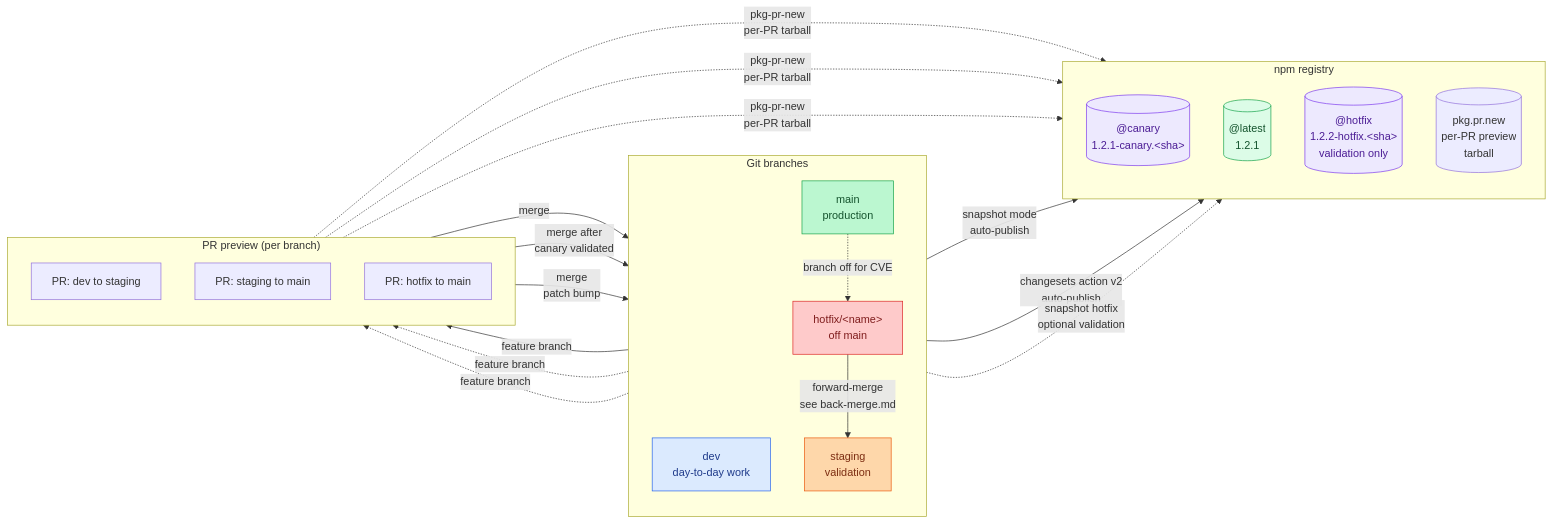
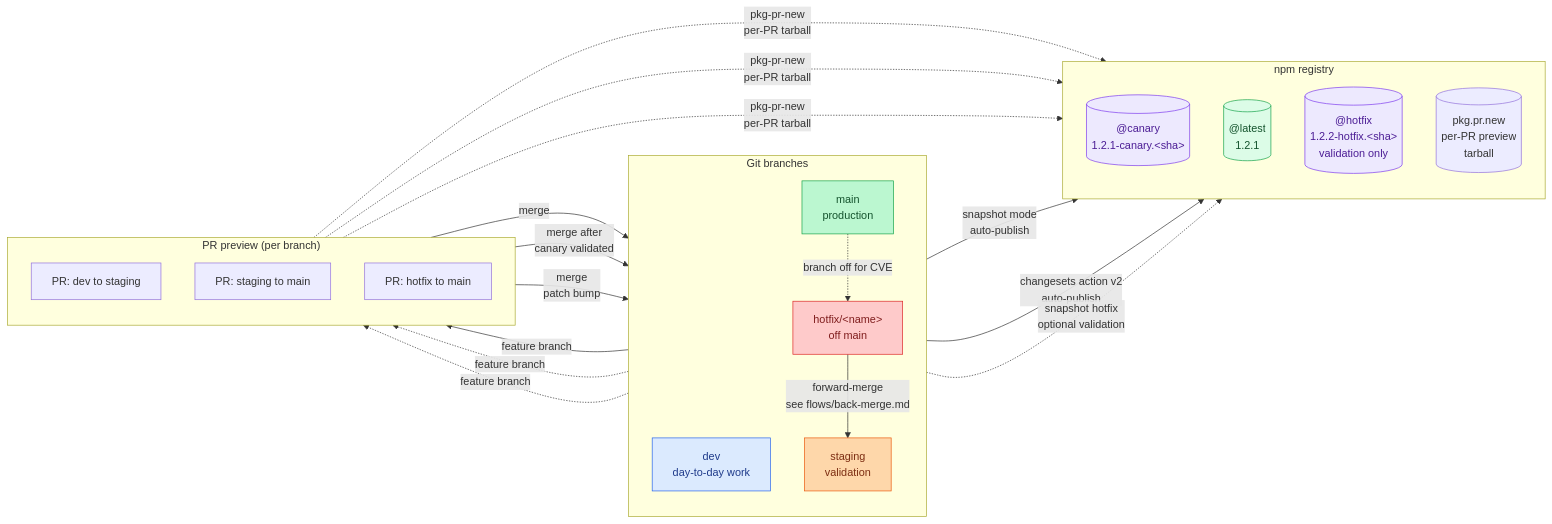
The diagram in docs/engineering/processes/releases/README.md (deessejs/package-template), drawn with Mermaid before and after one commit. The commit also changed other lines of this file and 3 other files, not shown here.

````diff
--- a/docs/engineering/processes/releases/README.md
+++ b/docs/engineering/processes/releases/README.md
@@ -41,51 +112,51 @@
 ```mermaid
 flowchart LR
   subgraph Branches["Git branches"]
     direction TB
     dev[dev<br/>day-to-day work]:::dev
     staging[staging<br/>validation]:::staging
     main[main<br/>production]:::main
     hotfix["hotfix/&lt;name&gt;<br/>off main"]:::hotfix
   end
 
   subgraph NPM["npm registry"]
     direction TB
     canaryTag[("@canary<br/>1.2.1-canary.&lt;sha&gt;")]:::canary
     latestTag[("@latest<br/>1.2.1")]:::latest
     hotfixTag[("@hotfix<br/>1.2.2-hotfix.&lt;sha&gt;<br/>validation only")]:::canary
     previewTag[("pkg.pr.new<br/>per-PR preview<br/>tarball")]:::preview
   end
 
   subgraph PRPreview["PR preview (per branch)"]
     direction TB
     prToStaging[PR: dev to staging]:::prNode
     prToMain[PR: staging to main]:::prNode
     prHotfix[PR: hotfix to main]:::prNode
   end
 
   prToStaging -.->|pkg-pr-new<br/>per-PR tarball| previewTag
   prToMain -.->|pkg-pr-new<br/>per-PR tarball| previewTag
   prHotfix -.->|pkg-pr-new<br/>per-PR tarball| previewTag
 
   prToStaging -->|merge| staging
   prToMain -->|merge after<br/>canary validated| main
   prHotfix -->|merge<br/>patch bump| main
 
   dev -->|feature branch| prToStaging
   staging -.->|feature branch| prToMain
   main -.->|feature branch| prHotfix
 
   staging -->|snapshot mode<br/>auto-publish| canaryTag
   main -->|changesets action v2<br/>auto-publish| latestTag
 
   main -.->|branch off for CVE| hotfix
   hotfix -.->|snapshot hotfix<br/>optional validation| hotfixTag
-  hotfix -->|forward-merge<br/>see back-merge.md| staging
+  hotfix -->|forward-merge<br/>see flows/back-merge.md| staging
 
   classDef dev fill:#dbeafe,stroke:#2563eb,color:#1e3a8a
   classDef staging fill:#fed7aa,stroke:#ea580c,color:#7c2d12
   classDef main fill:#bbf7d0,stroke:#16a34a,color:#14532d
   classDef hotfix fill:#fecaca,stroke:#dc2626,color:#7f1d1d
   classDef canary fill:#ede9fe,stroke:#7c3aed,color:#4c1d95
   classDef latest fill:#dcfce7,stroke:#16a34a,color:#14532d
 ```
````
